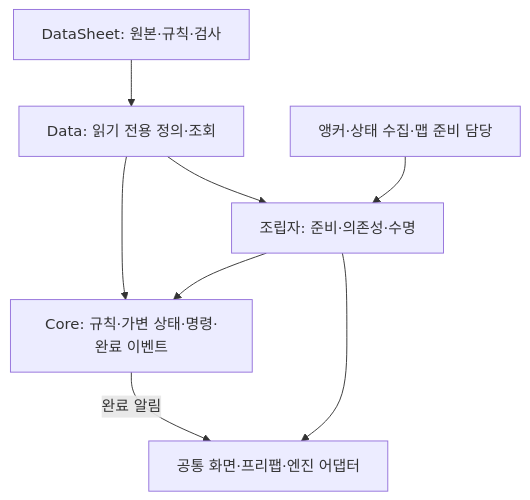
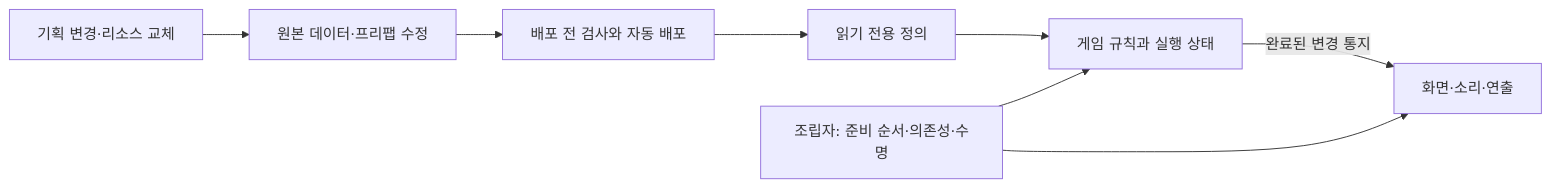
One commit to lkhwcf-arch/Human_Ghost- changed the first of 6 diagrams in Docs/개발자용 설계문서/설계 기준 점검과 개선 방향.md. Above: the diagram before and after it, drawn with Mermaid. The commit also changed other lines of this file and 49 other files, not shown here.

````diff
--- a/Docs/개발자용 설계문서/설계 기준 점검과 개선 방향.md
+++ b/Docs/개발자용 설계문서/설계 기준 점검과 개선 방향.md
@@ -24,10 +11,10 @@
 ```mermaid
-flowchart TD
-    A[DataSheet: 원본·규칙·검사] --> B[Data: 읽기 전용 정의·조회]
-    B --> C[Core: 규칙·가변 상태·명령·완료 이벤트]
-    B --> D[조립자: 준비·의존성·수명]
-    D --> C
-    D --> E[공통 화면·프리팹·엔진 어댑터]
-    C -->|완료 알림| E
-    F[앵커·상태 수집·맵 준비 담당] --> D
+flowchart LR
+    A[기획 변경·리소스 교체] --> B[원본 데이터·프리팹 수정]
+    B --> C[배포 전 검사와 자동 배포]
+    C --> D[읽기 전용 정의]
+    D --> E[게임 규칙과 실행 상태]
+    E -->|완료된 변경 통지| F[화면·소리·연출]
+    G[조립자: 준비 순서·의존성·수명] --> E
+    G --> F
 ```
````
